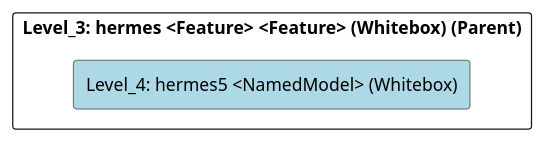
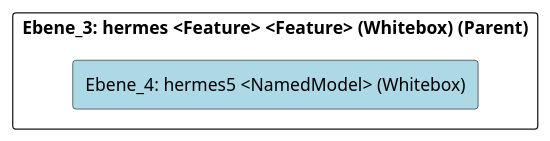
One commit to marcozwyssig/cleon changed the diagram in doc/cleonproject_deliverables_architecture_model_architecture/adoc/de/05_bausteinsicht/cleon/project_methods/hermes/modelhermes5/ebene_4_model.hermes5.adoc. Above: the diagram before and after it, drawn with PlantUML. The commit also changed other lines of this file and 214 other files, not shown here.

```diff
--- a/doc/cleonproject_deliverables_architecture_model_architecture/adoc/de/05_bausteinsicht/cleon/project_methods/hermes/modelhermes5/ebene_4_model.hermes5.adoc
+++ b/doc/cleonproject_deliverables_architecture_model_architecture/adoc/de/05_bausteinsicht/cleon/project_methods/hermes/modelhermes5/ebene_4_model.hermes5.adoc
@@ -24,24 +24,24 @@
-[plantuml, Level_4: hermes5 <NamedModel> (Whitebox)BlockOverview, format="svg"]
+[plantuml, Ebene_4: hermes5 <NamedModel> (Whitebox)BlockOverview, format="svg"]
 ----
-@startuml Level_4: hermes5 <NamedModel> (Whitebox)BuildingBlockOverview
+@startuml Ebene_4: hermes5 <NamedModel> (Whitebox)BuildingBlockOverview
 
 skinparam ranksep 10
 skinparam componentStyle rectangle
 skinparam shadowing false
 skinparam arrowColor lightblue
 skinparam arrowThickness 1.2
 skinparam rectangle {
   BackgroundColor White
   BorderColor #333
   RoundCorner 10
 }
 top to bottom direction
 
-component "Level_3: hermes <Feature> <Feature> (Whitebox) (Parent)" {
-    component "Level_4: hermes5 <NamedModel> (Whitebox)" #lightblue {
+component "Ebene_3: hermes <Feature> <Feature> (Whitebox) (Parent)" {
+    component "Ebene_4: hermes5 <NamedModel> (Whitebox)" #lightblue {
     }
 
 }
 
 @enduml
 ----
```
